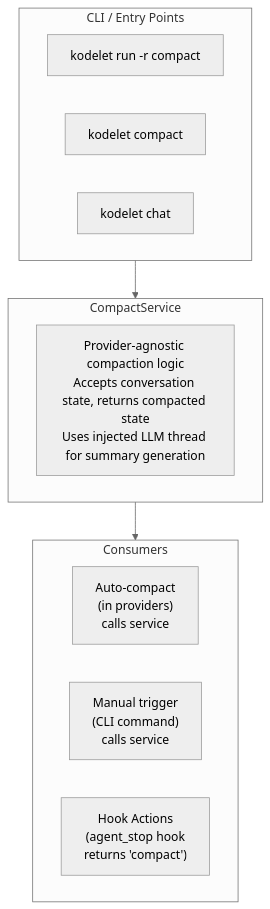
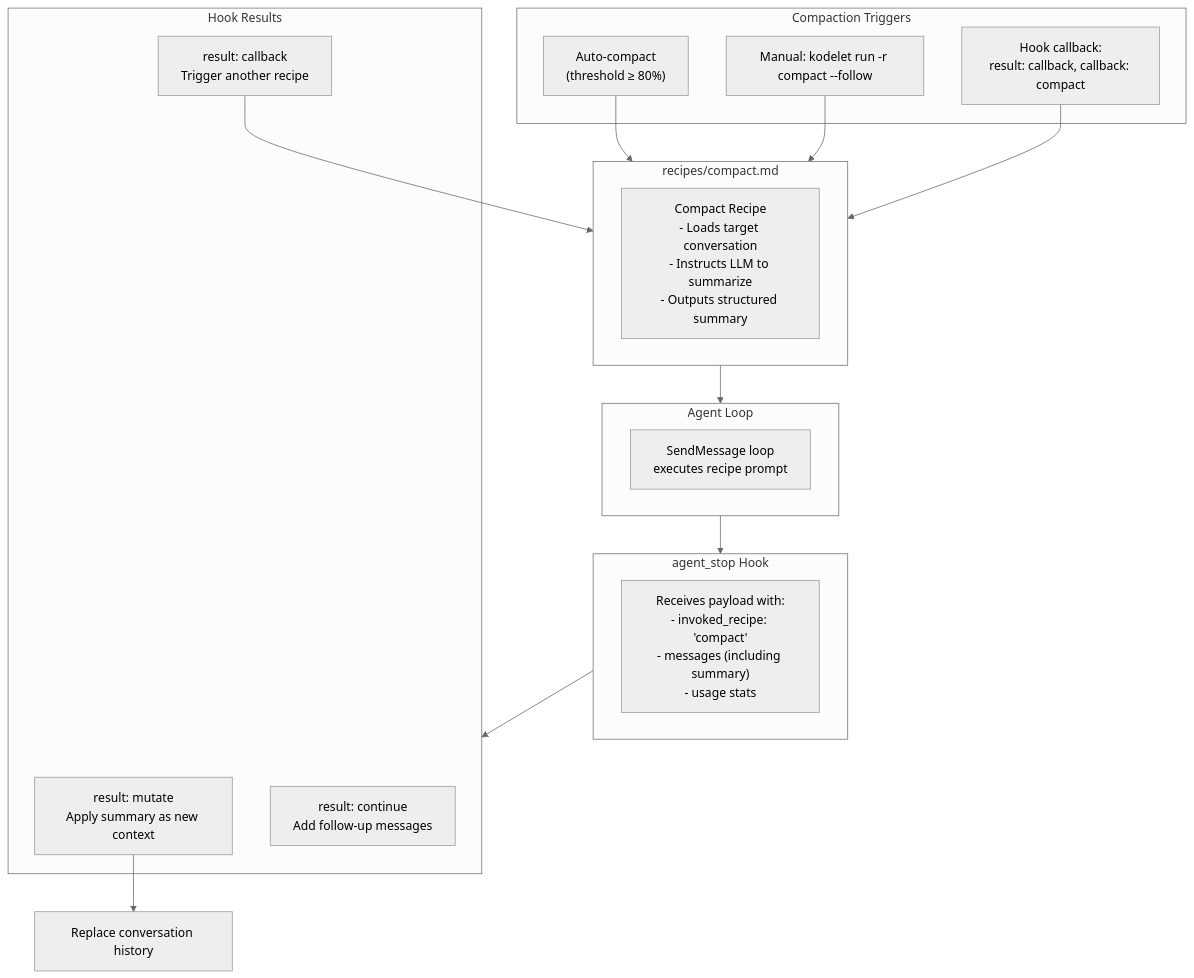
One commit to jingkaihe/kodelet changed the first of 4 diagrams in adrs/025-enhanced-hook-system.md. Above: the diagram before and after it, drawn with Mermaid (neutral theme). The commit also changed other lines of this file, not shown here.

Commit message:
docs(adr): refactor enhanced hook system to use recipe-based compaction with callbacks

````diff
--- a/adrs/025-enhanced-hook-system.md
+++ b/adrs/025-enhanced-hook-system.md
@@ -64,21 +65,35 @@
 ```mermaid
 flowchart TB
-    subgraph CLI["CLI / Entry Points"]
-        A1["kodelet run -r compact"]
-        A2["kodelet compact"]
-        A3["kodelet chat"]
+    subgraph Triggers["Compaction Triggers"]
+        T1["Auto-compact<br/>(threshold ≥ 80%)"]
+        T2["Manual: kodelet run -r compact --follow"]
+        T3["Hook callback:<br/>result: callback, callback: compact"]
     end
 
-    subgraph Service["CompactService"]
-        B["Provider-agnostic compaction logic<br/>Accepts conversation state, returns compacted state<br/>Uses injected LLM thread for summary generation"]
+    subgraph Recipe["recipes/compact.md"]
+        R["Compact Recipe<br/>- Loads target conversation<br/>- Instructs LLM to summarize<br/>- Outputs structured summary"]
     end
 
-    subgraph Consumers["Consumers"]
-        C1["Auto-compact<br/>(in providers)<br/>calls service"]
-        C2["Manual trigger<br/>(CLI command)<br/>calls service"]
-        C3["Hook Actions<br/>(agent_stop hook<br/>returns 'compact')"]
+    subgraph AgentLoop["Agent Loop"]
+        AL["SendMessage loop<br/>executes recipe prompt"]
     end
 
-    CLI --> Service
-    Service --> Consumers
+    subgraph Hook["agent_stop Hook"]
+        H["Receives payload with:<br/>- invoked_recipe: 'compact'<br/>- messages (including summary)<br/>- usage stats"]
+    end
+
+    subgraph Results["Hook Results"]
+        R1["result: mutate<br/>Apply summary as new context"]
+        R2["result: callback<br/>Trigger another recipe"]
+        R3["result: continue<br/>Add follow-up messages"]
+    end
+
+    T1 --> Recipe
+    T2 --> Recipe
+    T3 --> Recipe
+    Recipe --> AgentLoop
+    AgentLoop --> Hook
+    Hook --> Results
+    R1 --> Apply["Replace conversation history"]
+    R2 --> Recipe
 ```
````
